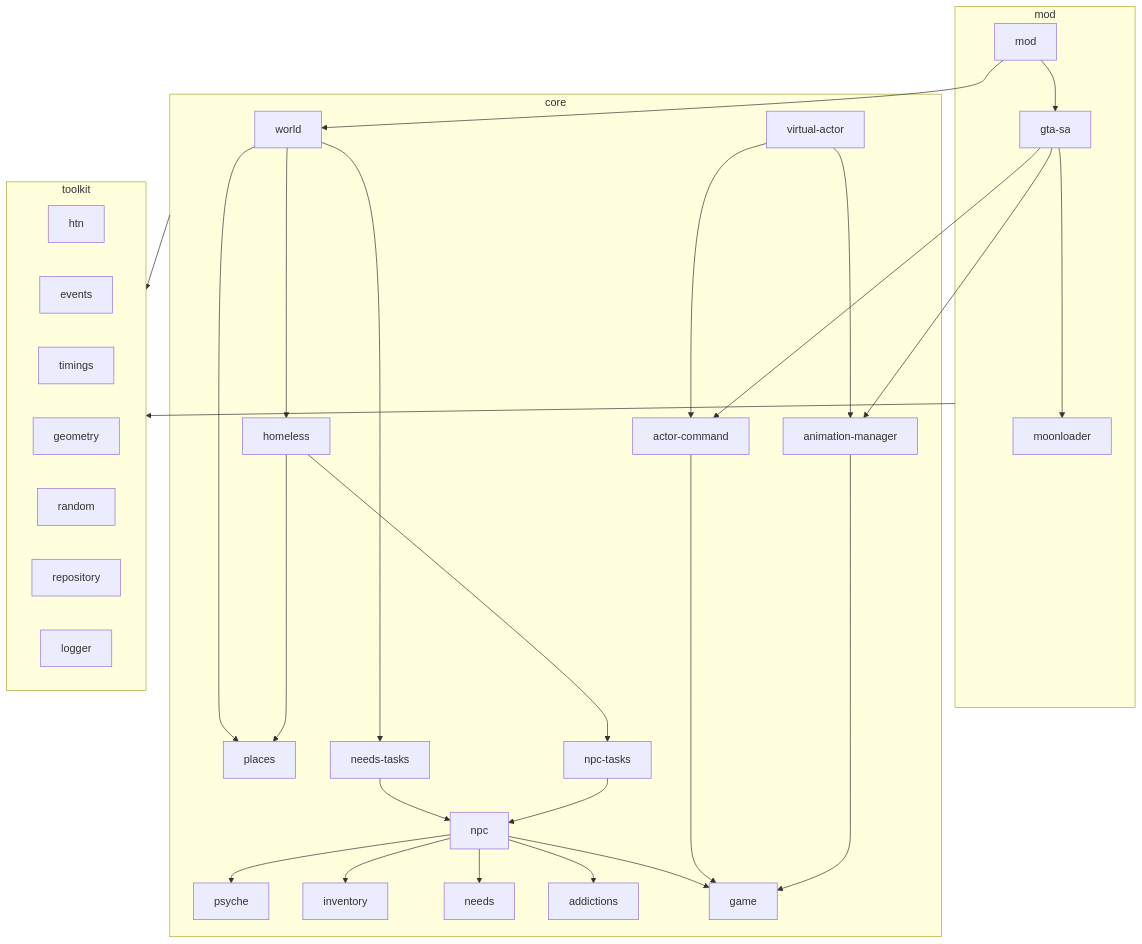
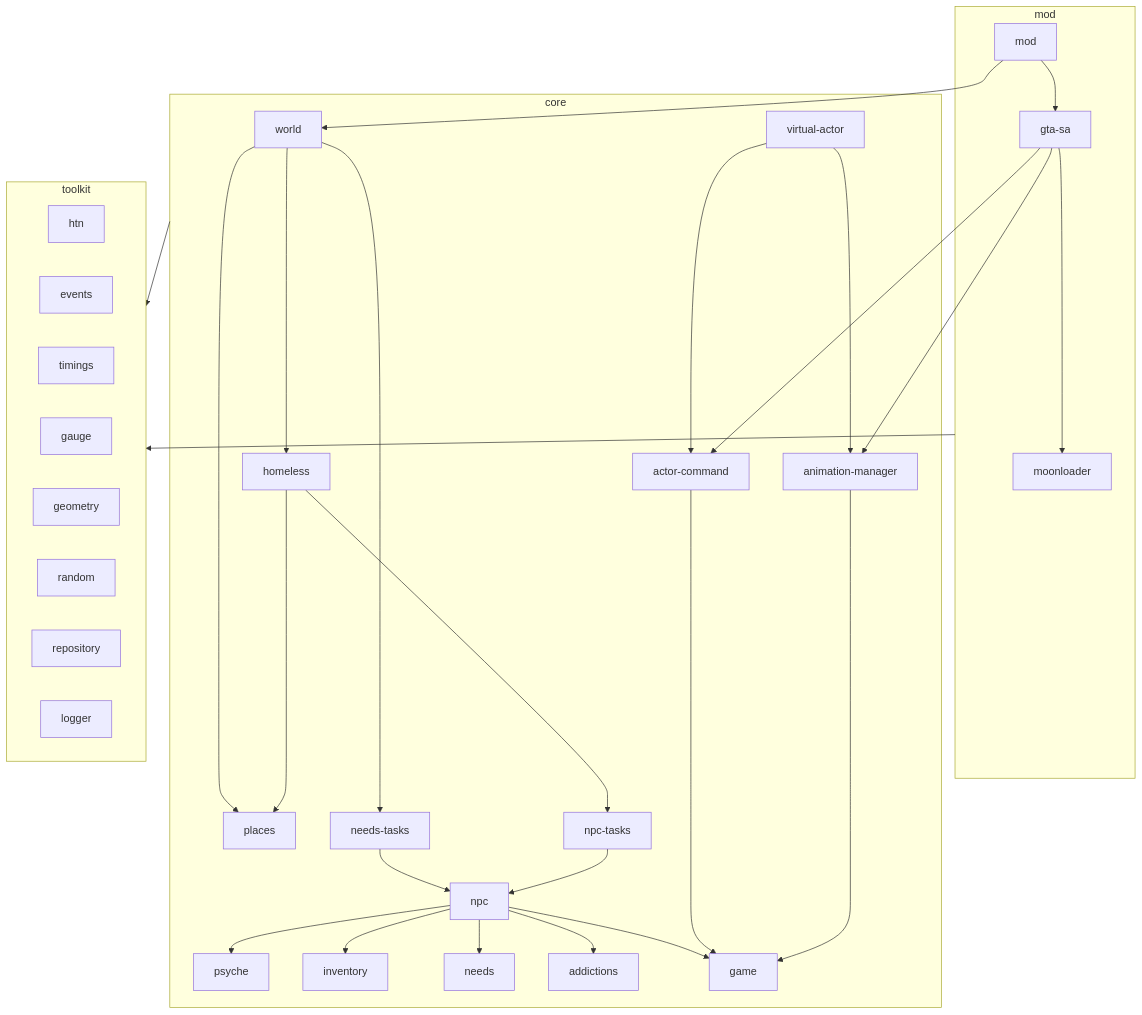
Before and after one commit to ivan-podgornov/peetland: the first of 2 diagrams in docs/architecture/index.md, drawn with Mermaid. The commit also changed other lines of this file and 33 other files, not shown here.

````diff
--- a/docs/architecture/index.md
+++ b/docs/architecture/index.md
@@ -80,42 +81,43 @@
 ```mermaid
 flowchart TD
   subgraph mod
     modmod[mod] --> gtasa[gta-sa]
     gtasa --> moonloader
   end
 
   subgraph core
     world --> homeless
     world --> places
     world --> needstasks[needs-tasks]
     needstasks --> npc
     homeless --> npctasks[npc-tasks]
     homeless --> places
     npctasks --> npc
     npc --> psyche
     npc --> inventory
     npc --> needs
     npc --> addictions
     npc --> game
     virtualactor[virtual-actor] --> actorcommand[actor-command]
     virtualactor --> animationmanager[animation-manager]
     actorcommand --> game
     animationmanager --> game
   end
 
   subgraph toolkit
     htn
     events
     timings
+    gauge
     geometry
     random
     repository
     logger
   end
 
   modmod --> world
   gtasa --> actorcommand
   gtasa --> animationmanager
   core --> toolkit
   mod --> toolkit
 ```
````
